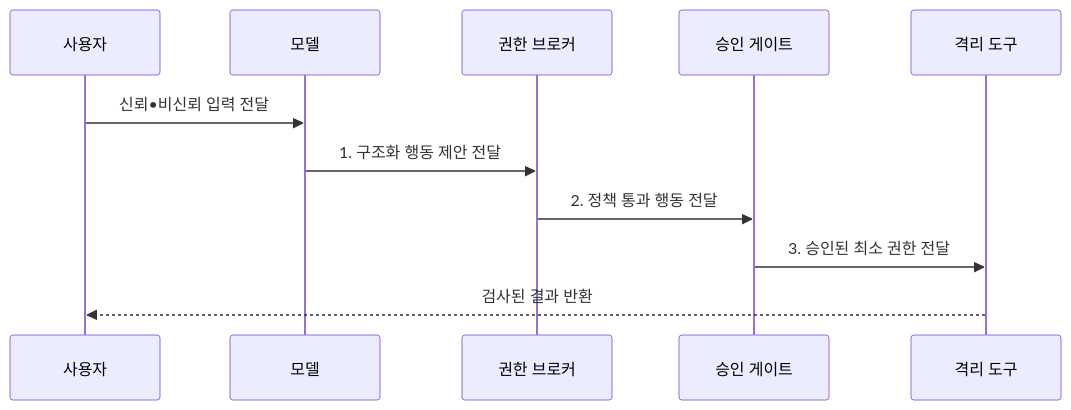
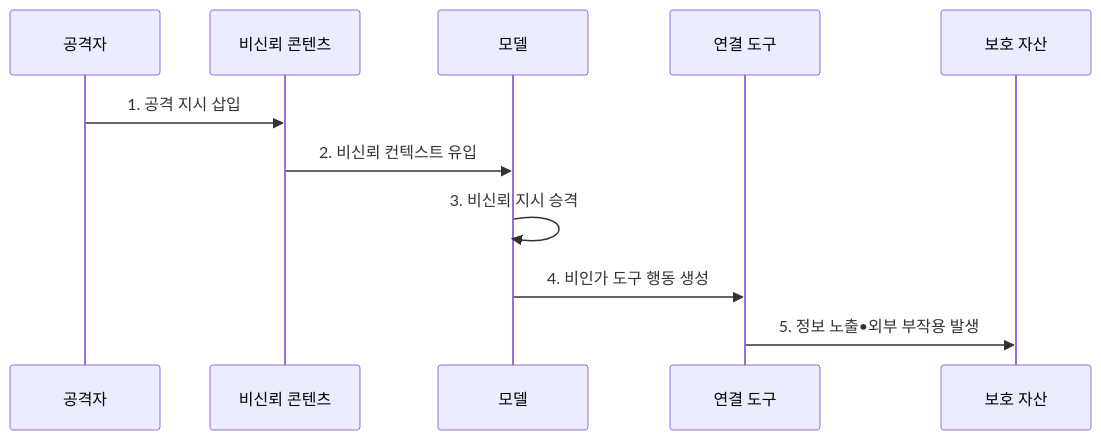
Before and after one commit to agnusdei1207/knowledge-base: the second of 2 diagrams in src/content/docs/notes/08-latest-tech/116_prompt_injection.md, drawn with Mermaid. The commit also changed other lines of this file and 15 other files, not shown here.

````diff
--- a/src/content/docs/notes/08-latest-tech/116_prompt_injection.md
+++ b/src/content/docs/notes/08-latest-tech/116_prompt_injection.md
@@ -104,13 +104,13 @@
 ```mermaid
 sequenceDiagram
-    participant U as 사용자
+    participant A as 공격자
+    participant C as 비신뢰 콘텐츠
     participant M as 모델
-    participant B as 권한 브로커
-    participant G as 승인 게이트
-    participant T as 격리 도구
-    U->>M: 신뢰•비신뢰 입력 전달
-    M->>B: 1. 구조화 행동 제안 전달
-    B->>G: 2. 정책 통과 행동 전달
-    G->>T: 3. 승인된 최소 권한 전달
-    T-->>U: 검사된 결과 반환
+    participant T as 연결 도구
+    participant D as 보호 자산
+    A->>C: 1. 공격 지시 삽입
+    C->>M: 2. 비신뢰 컨텍스트 유입
+    M->>M: 3. 비신뢰 지시 승격
+    M->>T: 4. 비인가 도구 행동 생성
+    T->>D: 5. 정보 노출•외부 부작용 발생
 ```
````
